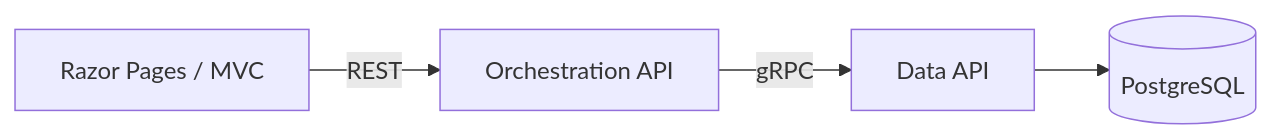
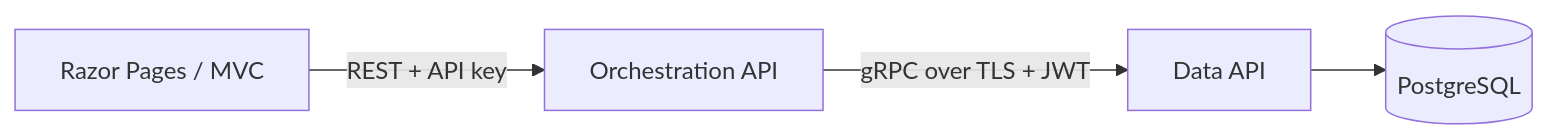
The first of 2 diagrams in README.md (ElisesHub/ElisesHub), drawn with Mermaid before and after one commit. The commit also changed other lines of this file, not shown here.

````diff
--- a/README.md
+++ b/README.md
@@ -13,6 +13,6 @@
 ```mermaid
 flowchart LR
-    Web[Razor Pages / MVC] -->|REST| Orch[Orchestration API]
-    Orch -->|gRPC| Data[Data API]
+    Web[Razor Pages / MVC] -->|REST + API key| Orch[Orchestration API]
+    Orch -->|gRPC over TLS + JWT| Data[Data API]
     Data --> DB[(PostgreSQL)]
 ```
````
